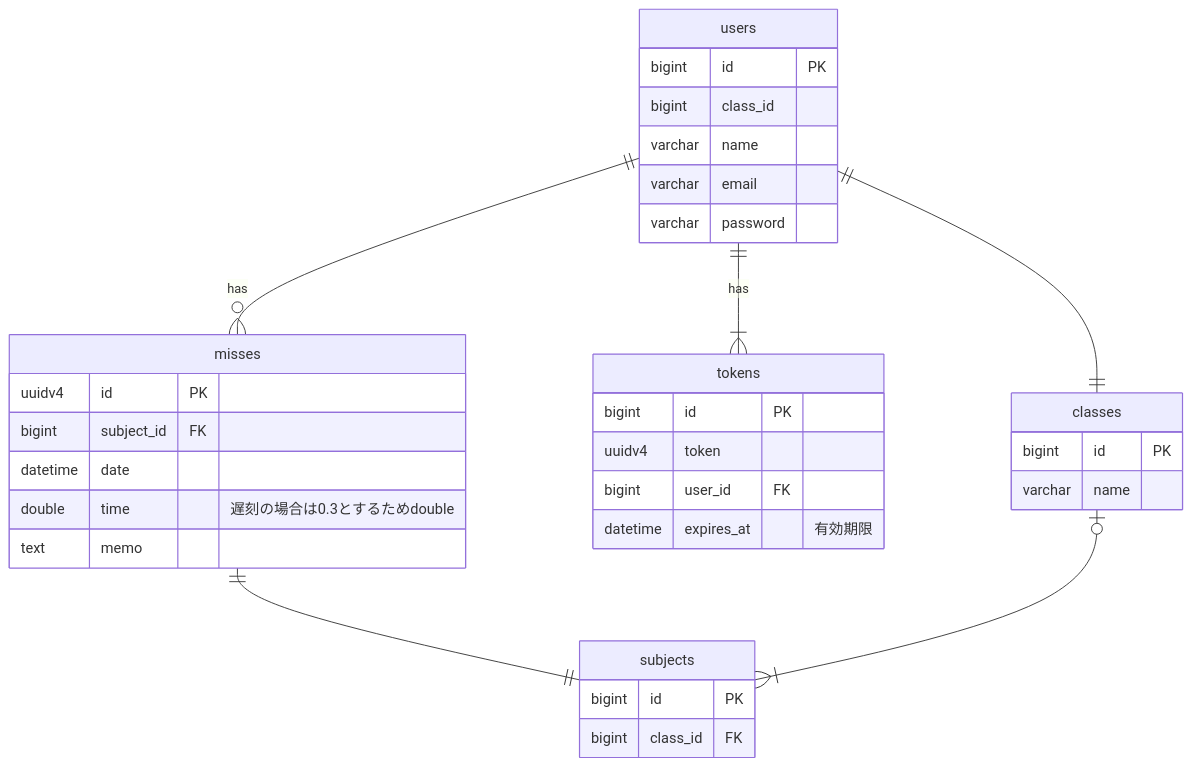
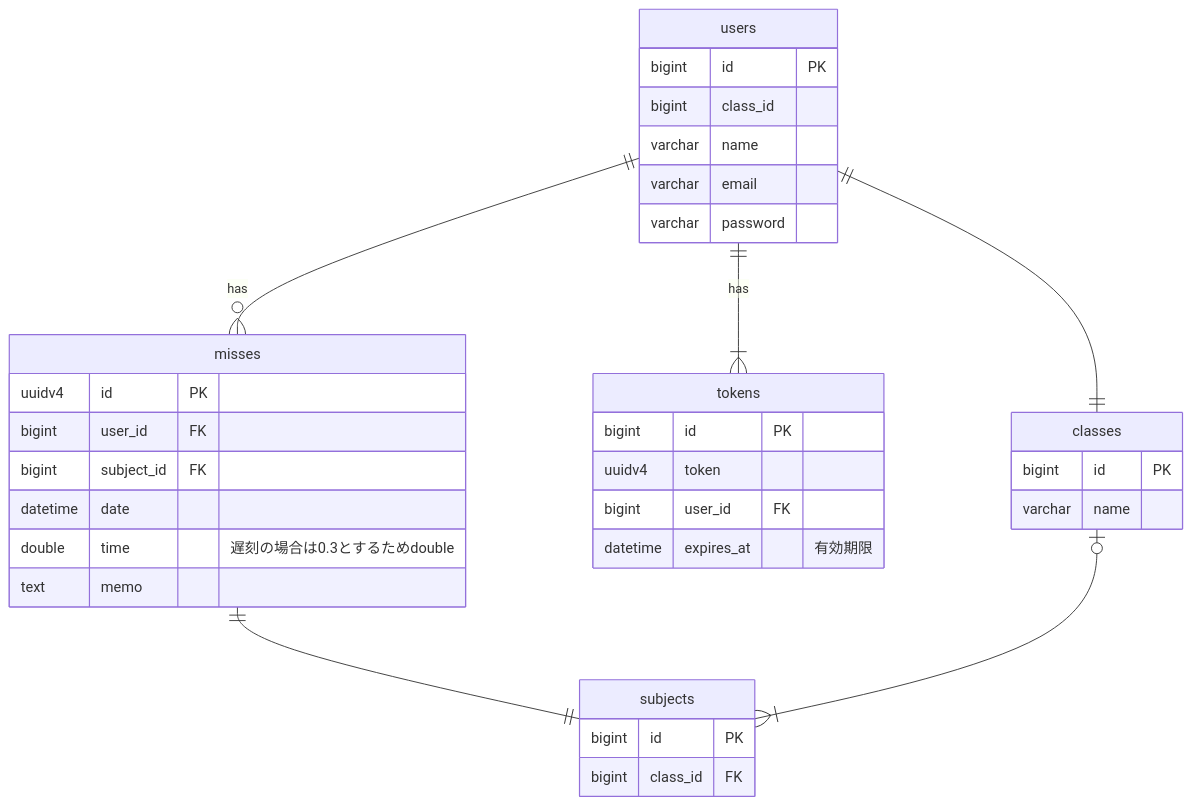
One commit to ynori123/kosen-kekka changed the diagram in backend/API_document.md. Above: the diagram before and after it, drawn with Mermaid.

Commit message:
テーブルの変更

````diff
--- a/backend/API_document.md
+++ b/backend/API_document.md
@@ -4,40 +4,41 @@
 ```mermaid
 erDiagram
 users ||--o{ misses : has
 users ||--|{ tokens : has
 users ||--|| classes : ""
 misses ||--|| subjects : ""
 classes |o--|{ subjects : ""
 
 users {
   bigint id PK
   bigint class_id
   varchar name 
   varchar email
   varchar password
 }
 misses {
   uuidv4 id PK
+  bigint user_id FK
   bigint subject_id FK
   datetime date
   double time  "遅刻の場合は0.3とするためdouble"
   text memo
 }
 tokens {
   bigint id PK
   uuidv4 token
   bigint user_id FK
   datetime expires_at  "有効期限"
 }
 
 subjects {
   bigint id PK
   bigint class_id FK
 }
 
 classes {
   bigint id PK
   varchar name
 }
 
 ```
````
